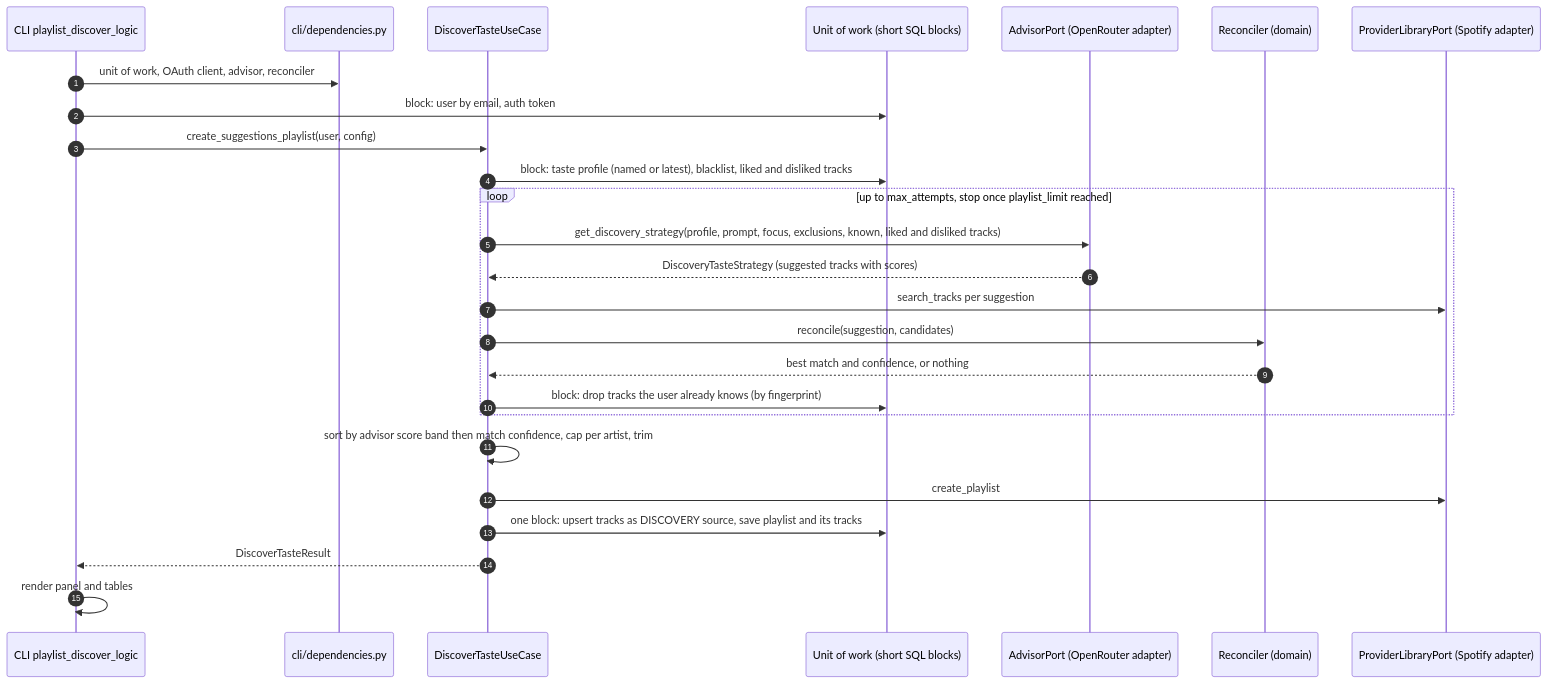
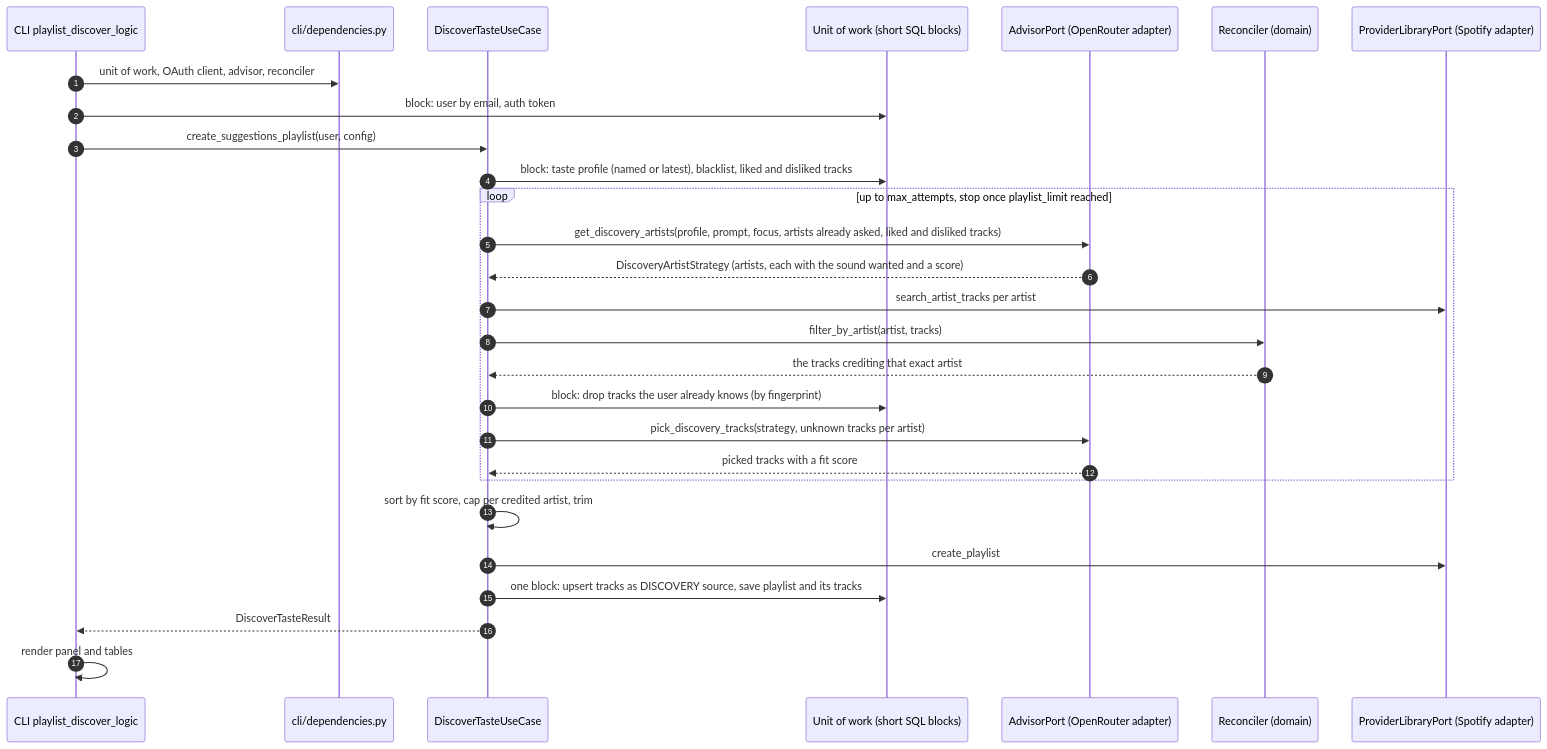
The second of 2 diagrams in docs/technical/architecture.md (ychab/museflow), drawn with Mermaid before and after one commit. The commit also changed other lines of this file and 46 other files, not shown here.

First line of the commit message:
feat(discover): pick artists, then choose among their catalogue tracks

````diff
--- a/docs/technical/architecture.md
+++ b/docs/technical/architecture.md
@@ -72,29 +72,31 @@
 ```mermaid
 sequenceDiagram
     autonumber
     participant CLI as CLI playlist_discover_logic
     participant DI as cli/dependencies.py
     participant UC as DiscoverTasteUseCase
     participant UoW as Unit of work (short SQL blocks)
     participant Adv as AdvisorPort (OpenRouter adapter)
     participant Rec as Reconciler (domain)
     participant Lib as ProviderLibraryPort (Spotify adapter)
 
     CLI->>DI: unit of work, OAuth client, advisor, reconciler
     CLI->>UoW: block: user by email, auth token
     CLI->>UC: create_suggestions_playlist(user, config)
     UC->>UoW: block: taste profile (named or latest), blacklist, liked and disliked tracks
     loop up to max_attempts, stop once playlist_limit reached
-        UC->>Adv: get_discovery_strategy(profile, prompt, focus, exclusions, known, liked and disliked tracks)
-        Adv-->>UC: DiscoveryTasteStrategy (suggested tracks with scores)
-        UC->>Lib: search_tracks per suggestion
-        UC->>Rec: reconcile(suggestion, candidates)
-        Rec-->>UC: best match and confidence, or nothing
+        UC->>Adv: get_discovery_artists(profile, prompt, focus, artists already asked, liked and disliked tracks)
+        Adv-->>UC: DiscoveryArtistStrategy (artists, each with the sound wanted and a score)
+        UC->>Lib: search_artist_tracks per artist
+        UC->>Rec: filter_by_artist(artist, tracks)
+        Rec-->>UC: the tracks crediting that exact artist
         UC->>UoW: block: drop tracks the user already knows (by fingerprint)
+        UC->>Adv: pick_discovery_tracks(strategy, unknown tracks per artist)
+        Adv-->>UC: picked tracks with a fit score
     end
-    UC->>UC: sort by advisor score band then match confidence, cap per artist, trim
+    UC->>UC: sort by fit score, cap per credited artist, trim
     UC->>Lib: create_playlist
     UC->>UoW: one block: upsert tracks as DISCOVERY source, save playlist and its tracks
     UC-->>CLI: DiscoverTasteResult
     CLI->>CLI: render panel and tables
 ```
````
